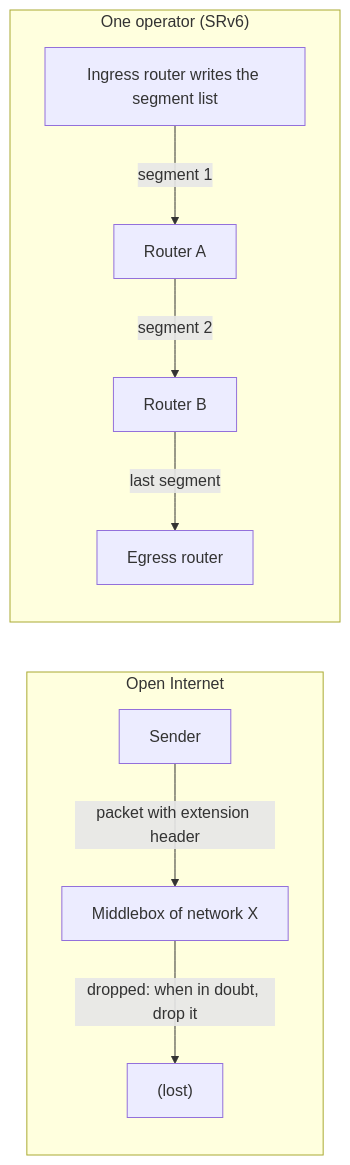
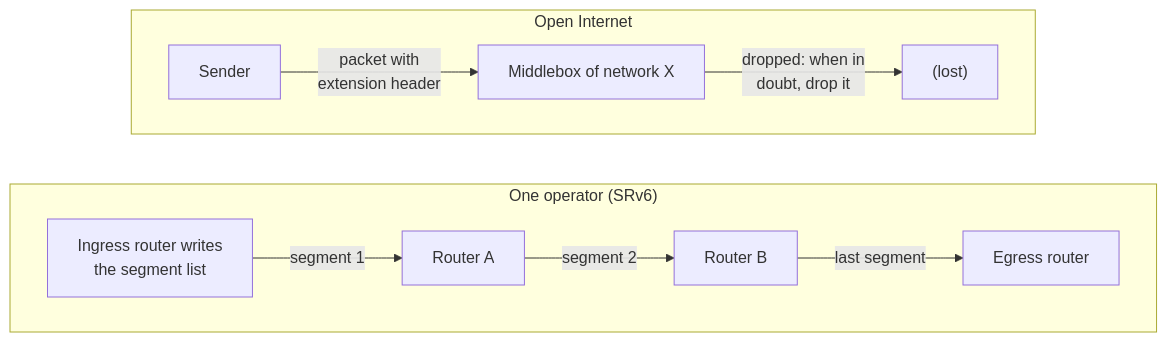
Diagram 34 of 37 in EDA387-Computer-Networks/03-IPv6.md (FahimMashroor/Chalmers_CSC), drawn with Mermaid before and after one commit. The commit also changed other lines of this file, not shown here.

Commit message:
Rewrite 03 IPv6 in simple language with examples and diagrams

````diff
--- a/EDA387-Computer-Networks/03-IPv6.md
+++ b/EDA387-Computer-Networks/03-IPv6.md
@@ -911,12 +1309,15 @@
 ```mermaid
-flowchart LR
+flowchart TB
   subgraph open["Open Internet"]
-    a1["Sender"] -->|"packet with extension header"| m1["Middlebox of network X"]
-    m1 -->|"dropped: when in doubt, drop it"| x1["(lost)"]
+    direction LR
+    a1["Sender"] -->|"packet with<br/>extension header"| m1["Middlebox of network X"]
+    m1 -->|"dropped: when in<br/>doubt, drop it"| x1["(lost)"]
   end
   subgraph one["One operator (SRv6)"]
-    a2["Ingress router writes the segment list"] -->|"segment 1"| b2["Router A"]
+    direction LR
+    a2["Ingress router writes<br/>the segment list"] -->|"segment 1"| b2["Router A"]
     b2 -->|"segment 2"| c2["Router B"]
     c2 -->|"last segment"| d2["Egress router"]
   end
+  open ~~~ one
 ```
````
